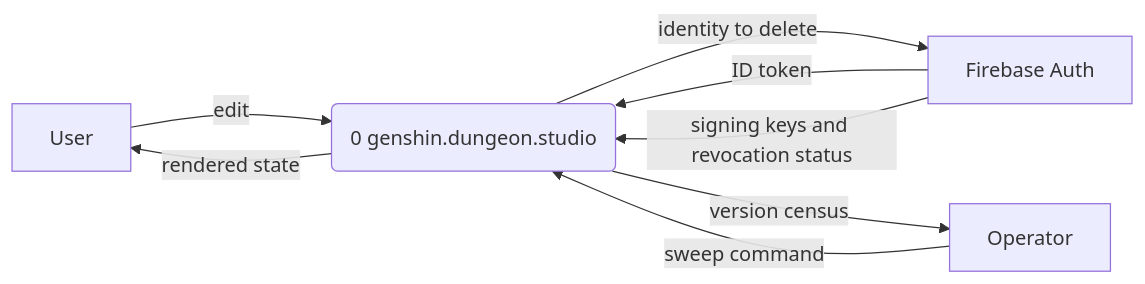
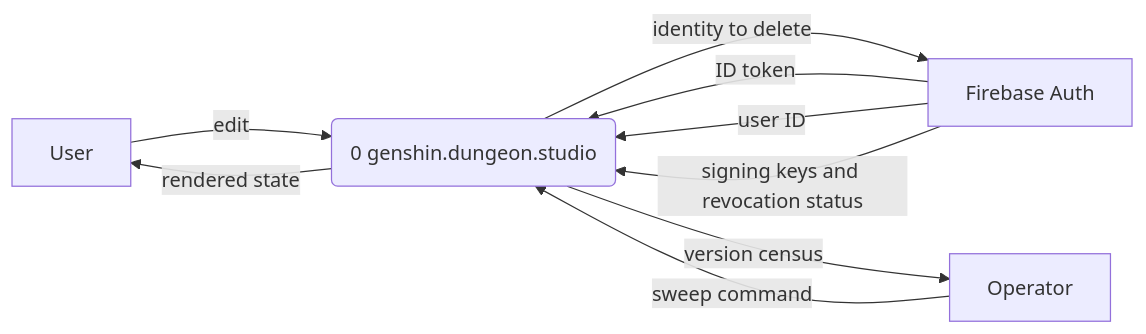
Before and after one commit to dungeon-studio/genshin.dungeon.studio: the first of 2 diagrams in docs/reference/data-flow.md, drawn with Mermaid. The commit also changed other lines of this file and 4 other files, not shown here.

First line of the commit message:
docs: fact-check data flow pages after merging develop

````diff
--- a/docs/reference/data-flow.md
+++ b/docs/reference/data-flow.md
@@ -34,16 +34,17 @@
 ```mermaid
 flowchart LR
   user[User]
   firebaseAuth[Firebase Auth]
   operator[Operator]
 
   system(0 genshin.dungeon.studio)
 
   user -->|edit| system
   system -->|rendered state| user
   firebaseAuth -->|ID token| system
+  firebaseAuth -->|user ID| system
   firebaseAuth -->|signing keys and revocation status| system
   system -->|identity to delete| firebaseAuth
   operator -->|sweep command| system
   system -->|version census| operator
 ```
````
